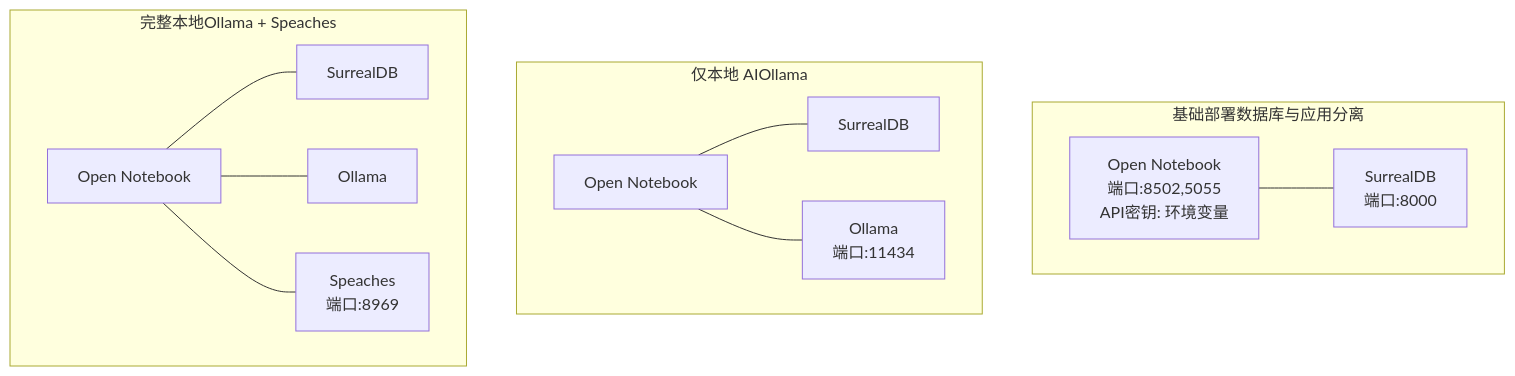
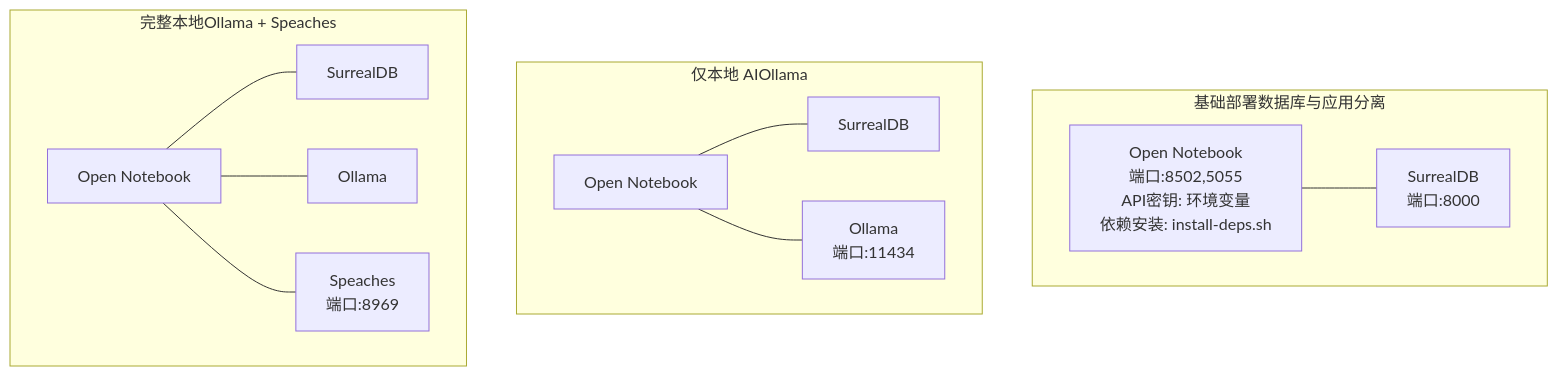
The second of 6 diagrams in .qoder/repowiki/zh/content/安装与部署/Docker Compose 部署.md (jackeyunjie/open-notebook), drawn with Mermaid before and after one commit. The commit also changed other lines of this file and 11 other files, not shown here.

````diff
--- a/.qoder/repowiki/zh/content/安装与部署/Docker Compose 部署.md
+++ b/.qoder/repowiki/zh/content/安装与部署/Docker Compose 部署.md
@@ -170,24 +193,24 @@
 ```mermaid
 graph TB
 subgraph "基础部署数据库与应用分离"
 SDB1["SurrealDB<br/>端口:8000"]
-APP1["Open Notebook<br/>端口:8502,5055<br/>API密钥: 环境变量"]
+APP1["Open Notebook<br/>端口:8502,5055<br/>API密钥: 环境变量<br/>依赖安装: install-deps.sh"]
 APP1 --- SDB1
 end
 subgraph "仅本地 AIOllama"
 SDB2["SurrealDB"]
 OLL2["Ollama<br/>端口:11434"]
 APP2["Open Notebook"]
 APP2 --- SDB2
 APP2 --- OLL2
 end
 subgraph "完整本地Ollama + Speaches"
 SDB3["SurrealDB"]
 OLL3["Ollama"]
 SPE3["Speaches<br/>端口:8969"]
 APP3["Open Notebook"]
 APP3 --- SDB3
 APP3 --- OLL3
 APP3 --- SPE3
 end
 ```
````
